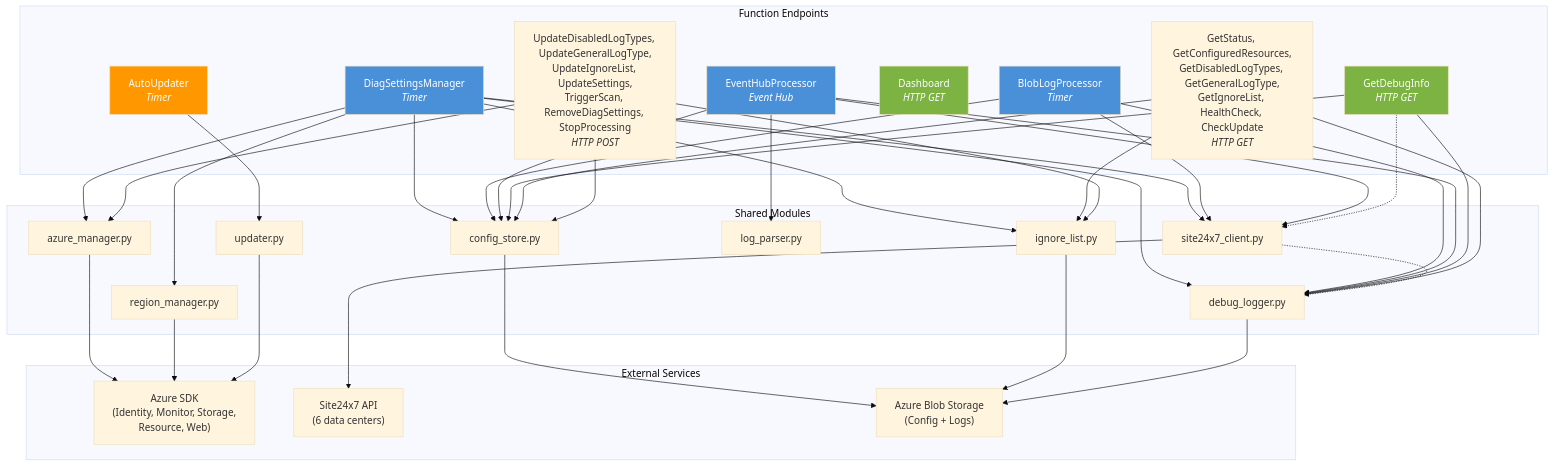
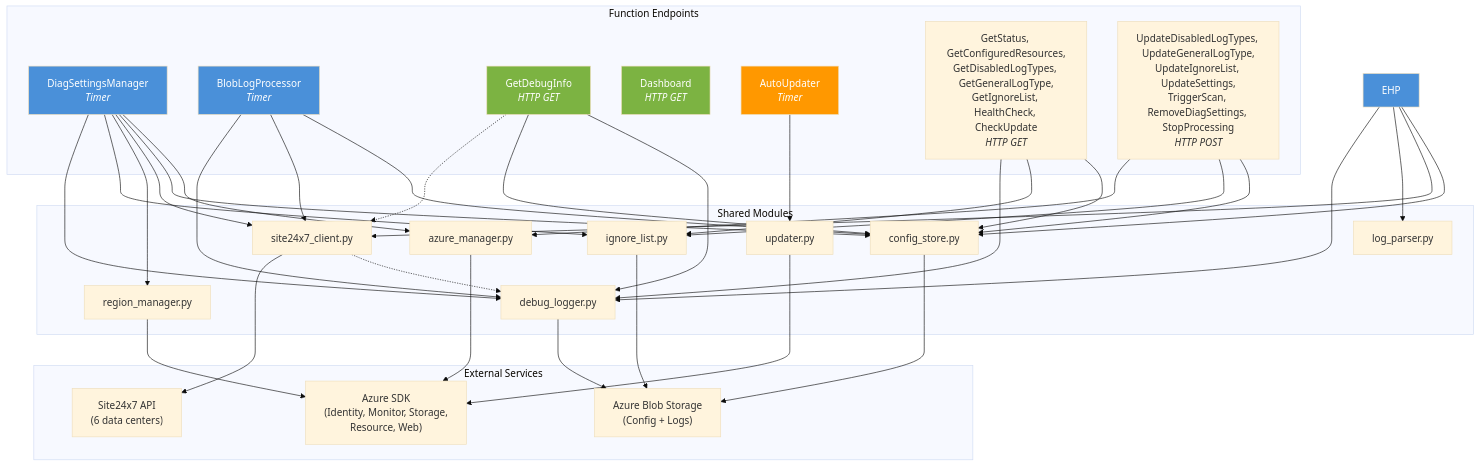
One commit to site24x7/azure-log-collector changed the diagram in docs/developer-guide.md. Above: the diagram before and after it, drawn with Mermaid (base theme). The commit also changed other lines of this file and 5 other files, not shown here.

````diff
--- a/docs/developer-guide.md
+++ b/docs/developer-guide.md
@@ -179,77 +178,76 @@
 ```mermaid
 graph TD
     subgraph "Function Endpoints"
         DSM[DiagSettingsManager<br/><i>Timer</i>]
         BLP[BlobLogProcessor<br/><i>Timer</i>]
-        EHP[EventHubProcessor<br/><i>Event Hub</i>]
         GDI[GetDebugInfo<br/><i>HTTP GET</i>]
         DASH[Dashboard<br/><i>HTTP GET</i>]
         AU[AutoUpdater<br/><i>Timer</i>]
         HTTP_GET["GetStatus, GetConfiguredResources,<br/>GetDisabledLogTypes, GetGeneralLogType,<br/>GetIgnoreList, HealthCheck, CheckUpdate<br/><i>HTTP GET</i>"]
         HTTP_POST["UpdateDisabledLogTypes, UpdateGeneralLogType,<br/>UpdateIgnoreList, UpdateSettings,<br/>TriggerScan, RemoveDiagSettings, StopProcessing<br/><i>HTTP POST</i>"]
     end
 
     subgraph "Shared Modules"
         AM[azure_manager.py]
         CS[config_store.py]
         S247[site24x7_client.py]
         RM[region_manager.py]
         IL[ignore_list.py]
         DL[debug_logger.py]
         LP[log_parser.py]
         UP[updater.py]
     end
 
     subgraph "External Services"
         AZURE_SDK["Azure SDK<br/>(Identity, Monitor, Storage,<br/>Resource, Web)"]
         S247_API["Site24x7 API<br/>(6 data centers)"]
         BLOB["Azure Blob Storage<br/>(Config + Logs)"]
     end
 
     DSM --> AM
     DSM --> CS
     DSM --> S247
     DSM --> RM
     DSM --> IL
     DSM --> DL
 
     BLP --> CS
     BLP --> S247
     BLP --> DL
 
     EHP --> CS
     EHP --> S247
     EHP --> LP
     EHP --> DL
 
     GDI --> DL
     GDI --> CS
     GDI -.-> S247
 
     AU --> UP
 
     HTTP_GET --> CS
     HTTP_GET --> IL
     HTTP_GET --> DL
 
     HTTP_POST --> CS
     HTTP_POST --> IL
     HTTP_POST --> AM
 
     S247 -.-> DL
 
     AM --> AZURE_SDK
     CS --> BLOB
     S247 --> S247_API
     RM --> AZURE_SDK
     IL --> BLOB
     DL --> BLOB
     UP --> AZURE_SDK
 
     style DSM fill:#4a90d9,color:#fff
     style BLP fill:#4a90d9,color:#fff
     style EHP fill:#4a90d9,color:#fff
     style GDI fill:#7cb342,color:#fff
     style DASH fill:#7cb342,color:#fff
     style AU fill:#ff9800,color:#fff
 ```
````
